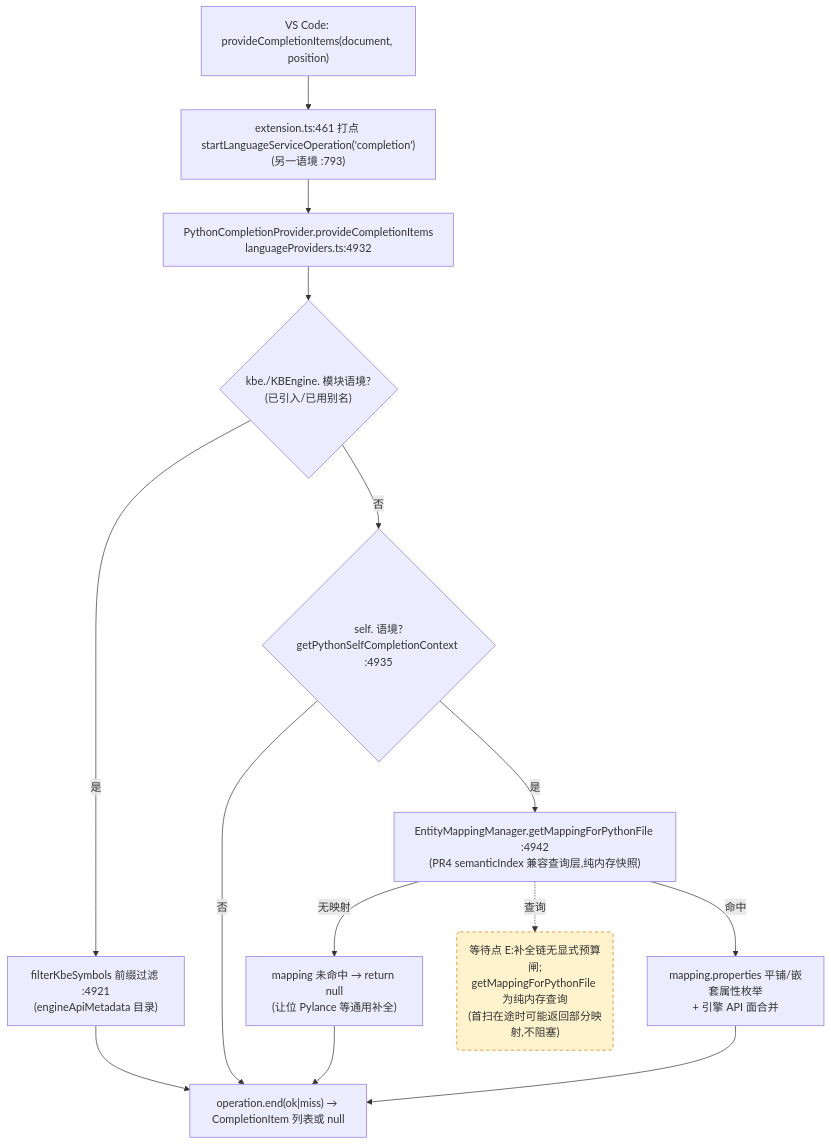
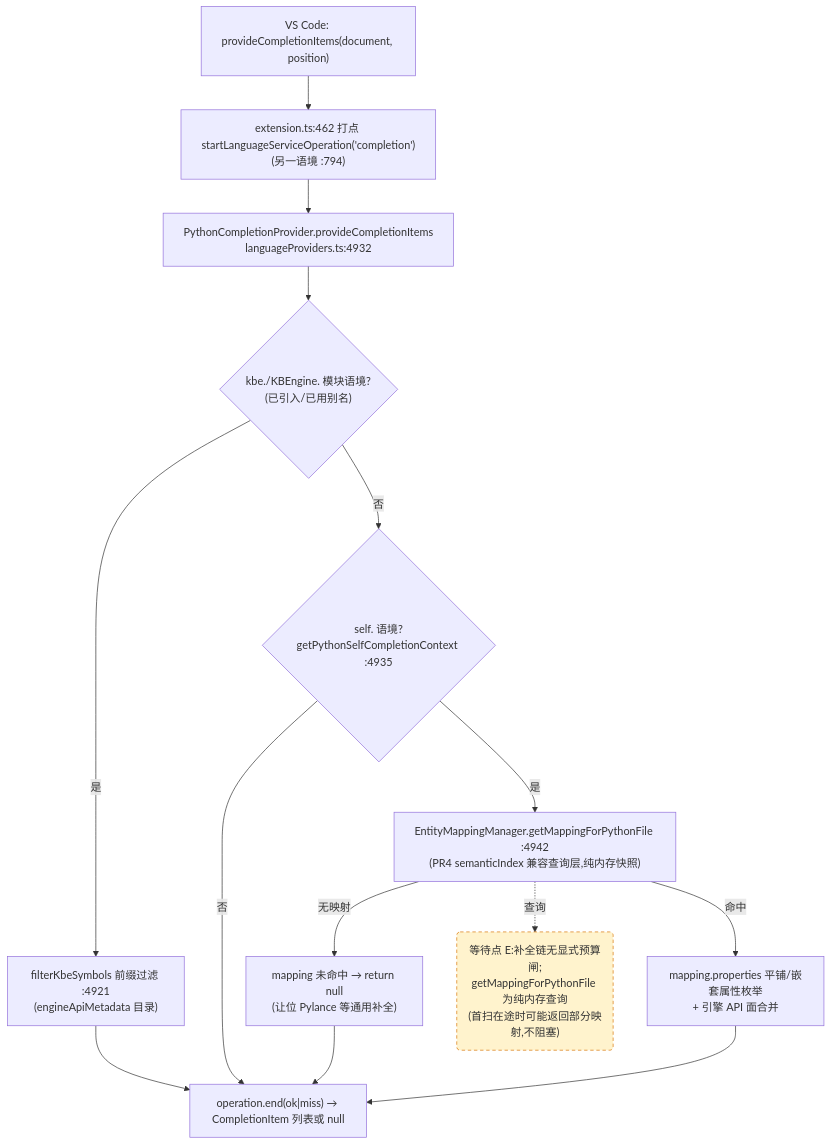
The third of 4 diagrams in docs/perf/2026-baseline.md (cuihairu/kode), drawn with Mermaid before and after one commit. The commit also changed other lines of this file and 6 other files, not shown here.

````diff
--- a/docs/perf/2026-baseline.md
+++ b/docs/perf/2026-baseline.md
@@ -184,27 +184,27 @@
 ```mermaid
 flowchart TD
   VC3["VS Code: provideCompletionItems(document, position)"]
-  M3["extension.ts:461 打点 startLanguageServiceOperation('completion')<br/>(另一语境 :793)"]
+  M3["extension.ts:462 打点 startLanguageServiceOperation('completion')<br/>(另一语境 :794)"]
   CP["PythonCompletionProvider.provideCompletionItems<br/>languageProviders.ts:4932"]
   KBEC{"kbe./KBEngine. 模块语境?<br/>(已引入/已用别名)"}
   FILTER["filterKbeSymbols 前缀过滤 :4921<br/>(engineApiMetadata 目录)"]
   SELFC{"self. 语境?<br/>getPythonSelfCompletionContext :4935"}
   MAP["EntityMappingManager.getMappingForPythonFile :4942<br/>(PR4 semanticIndex 兼容查询层,纯内存快照)"]
   NOMAP["mapping 未命中 → return null<br/>(让位 Pylance 等通用补全)"]
   PROPS["mapping.properties 平铺/嵌套属性枚举<br/>+ 引擎 API 面合并"]
   END3["operation.end(ok|miss) → CompletionItem 列表或 null"]
 
   VC3 --> M3 --> CP --> KBEC
   KBEC -- "是" --> FILTER --> END3
   KBEC -- "否" --> SELFC
   SELFC -- "否" --> END3
   SELFC -- "是" --> MAP
   MAP -- "无映射" --> NOMAP --> END3
   MAP -- "命中" --> PROPS --> END3
 
   WAITE("等待点 E:补全链无显式预算闸;<br/>getMappingForPythonFile 为纯内存查询<br/>(首扫在途时可能返回部分映射,不阻塞)")
   MAP -.->|查询| WAITE
 
   classDef waitPoint fill:#fff3cd,stroke:#d97706,stroke-dasharray:5 4;
   class WAITE waitPoint;
 ```
````
